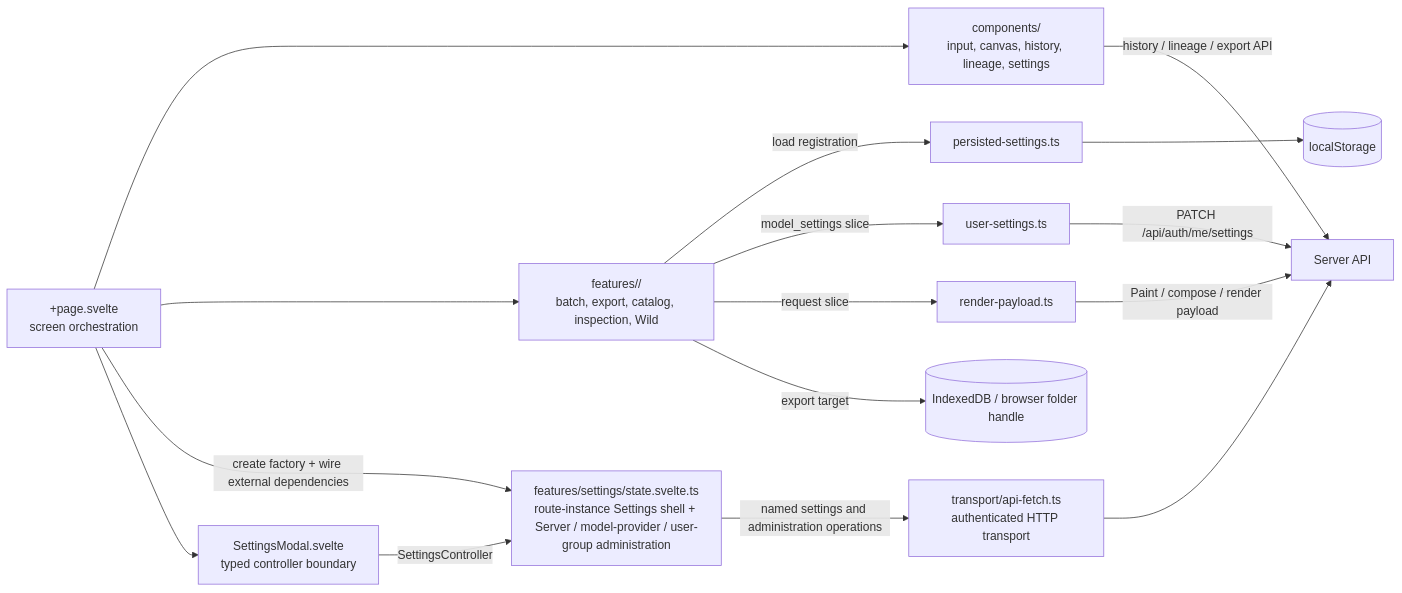
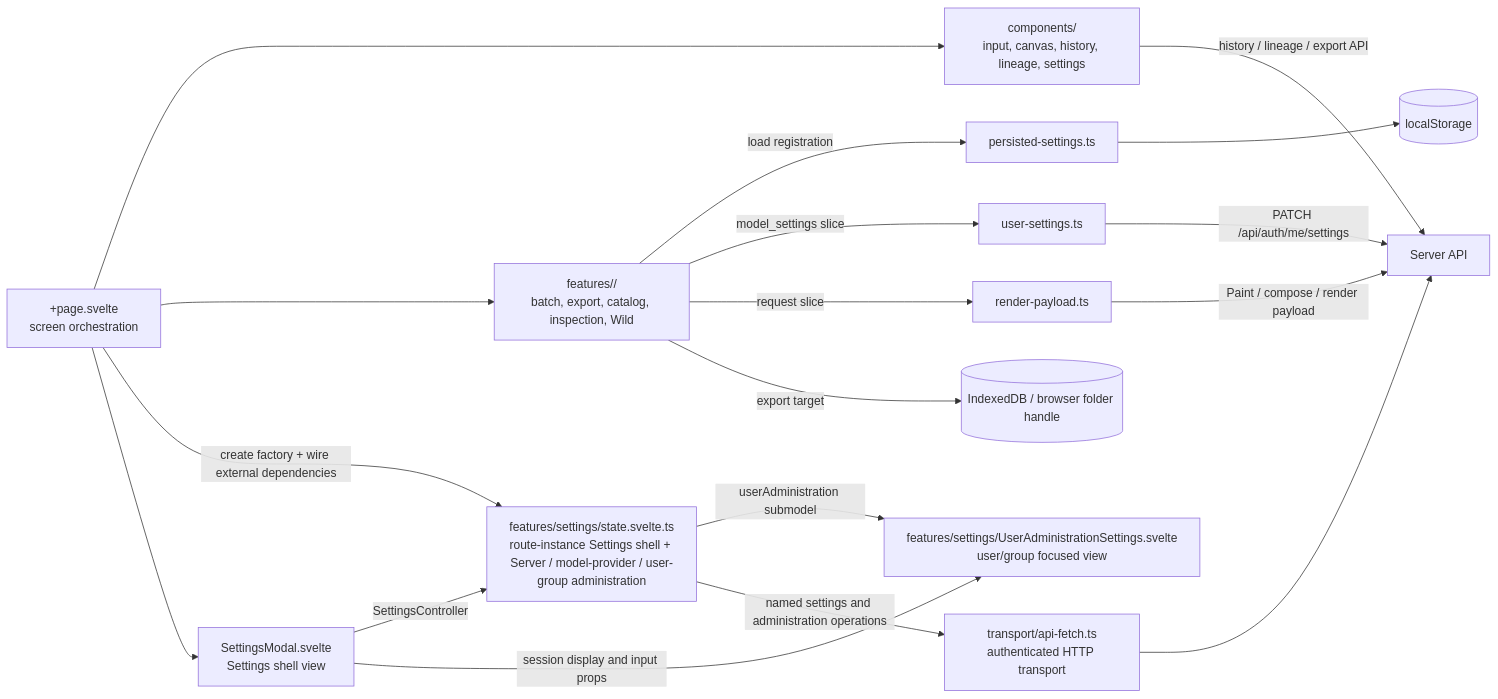
One commit to oikawas/inku-lang changed the second of 2 diagrams in docs/architecture/client-boundaries.md. Above: the diagram before and after it, drawn with Mermaid. The commit also changed other lines of this file and 7 other files, not shown here.

Commit message:
refactor(web): extract user administration settings view

````diff
--- a/docs/architecture/client-boundaries.md
+++ b/docs/architecture/client-boundaries.md
@@ -31,31 +31,34 @@
 ```mermaid
 flowchart LR
     PAGE["+page.svelte\nscreen orchestration"]
     COMPONENTS["components/\ninput, canvas, history, lineage, settings"]
     FEATURES["features/<name>/\nbatch, export, catalog, inspection, Wild"]
     SETTINGS["features/settings/state.svelte.ts\nroute-instance Settings shell + Server / model-provider / user-group administration"]
-    SETTINGS_MODAL["SettingsModal.svelte\ntyped controller boundary"]
+    SETTINGS_MODAL["SettingsModal.svelte\nSettings shell view"]
+    USER_ADMIN_VIEW["features/settings/UserAdministrationSettings.svelte\nuser/group focused view"]
     TRANSPORT["transport/api-fetch.ts\nauthenticated HTTP transport"]
     PERSIST["persisted-settings.ts"]
     USERSET["user-settings.ts"]
     PAYLOAD["render-payload.ts"]
     LOCAL[("localStorage")]
     INDEXED[("IndexedDB / browser folder handle")]
     API["Server API"]
 
     PAGE --> COMPONENTS
     PAGE --> FEATURES
     PAGE -->|"create factory + wire external dependencies"| SETTINGS
     PAGE --> SETTINGS_MODAL
     SETTINGS_MODAL -->|"SettingsController"| SETTINGS
+    SETTINGS_MODAL -->|"session display and input props"| USER_ADMIN_VIEW
+    SETTINGS -->|"userAdministration submodel"| USER_ADMIN_VIEW
     SETTINGS -->|"named settings and administration operations"| TRANSPORT
     TRANSPORT --> API
     FEATURES -->|"load registration"| PERSIST
     FEATURES -->|"model_settings slice"| USERSET
     FEATURES -->|"request slice"| PAYLOAD
     PERSIST --> LOCAL
     USERSET -->|"PATCH /api/auth/me/settings"| API
     PAYLOAD -->|"Paint / compose / render payload"| API
     FEATURES -->|"export target"| INDEXED
     COMPONENTS -->|"history / lineage / export API"| API
 ```
````
